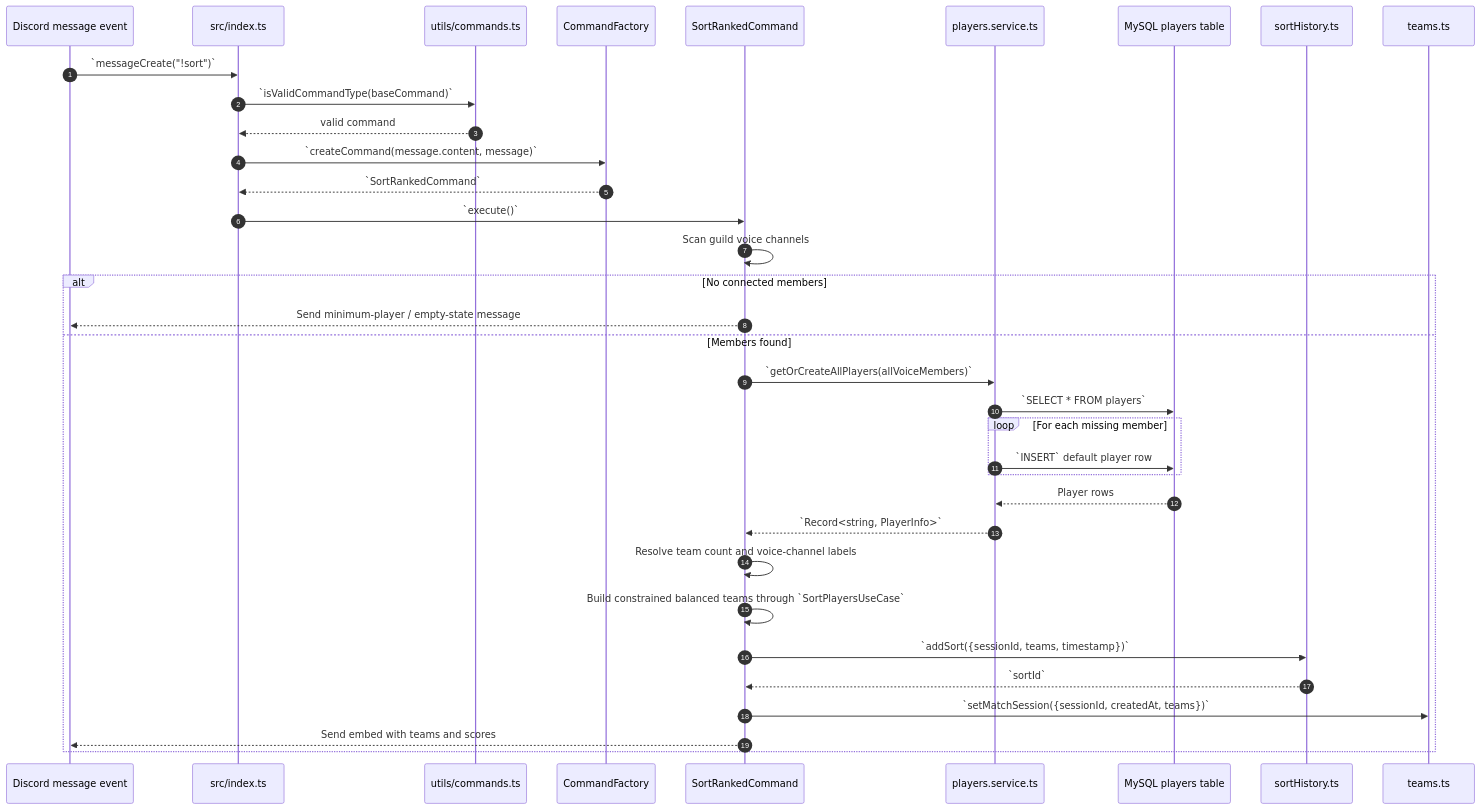
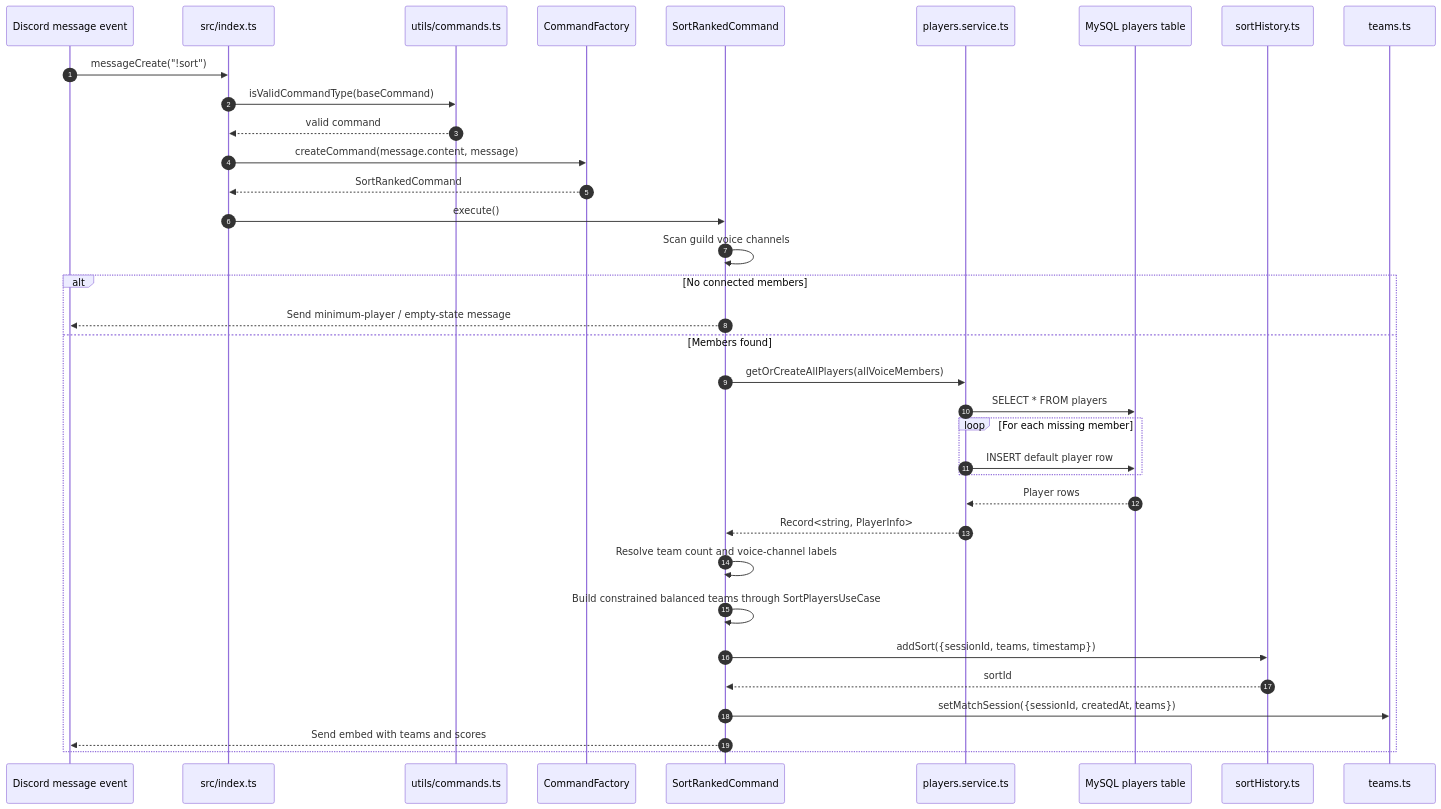
Before and after one commit to Ariel-Patino/discord-sort-players-dota: the fourth of 8 diagrams in documents/ARCHITECTURE.md, drawn with Mermaid. The commit also changed other lines of this file, not shown here.

Commit message:
docs: fix mermaid syntax for GitHub rendering

````diff
--- a/documents/ARCHITECTURE.md
+++ b/documents/ARCHITECTURE.md
@@ -242,38 +242,38 @@
 ```mermaid
 sequenceDiagram
     autonumber
     participant Discord as Discord message event
     participant App as src/index.ts
     participant Validator as utils/commands.ts
     participant Factory as CommandFactory
     participant SortCmd as SortRankedCommand
     participant Service as players.service.ts
     participant DB as MySQL players table
     participant History as sortHistory.ts
     participant Teams as teams.ts
 
-    Discord->>App: `messageCreate("!sort")`
-    App->>Validator: `isValidCommandType(baseCommand)`
+    Discord->>App: messageCreate("!sort")
+    App->>Validator: isValidCommandType(baseCommand)
     Validator-->>App: valid command
-    App->>Factory: `createCommand(message.content, message)`
-    Factory-->>App: `SortRankedCommand`
-    App->>SortCmd: `execute()`
+    App->>Factory: createCommand(message.content, message)
+    Factory-->>App: SortRankedCommand
+    App->>SortCmd: execute()
     SortCmd->>SortCmd: Scan guild voice channels
     alt No connected members
         SortCmd-->>Discord: Send minimum-player / empty-state message
     else Members found
-        SortCmd->>Service: `getOrCreateAllPlayers(allVoiceMembers)`
-        Service->>DB: `SELECT * FROM players`
+        SortCmd->>Service: getOrCreateAllPlayers(allVoiceMembers)
+        Service->>DB: SELECT * FROM players
         loop For each missing member
-            Service->>DB: `INSERT` default player row
+            Service->>DB: INSERT default player row
         end
         DB-->>Service: Player rows
-        Service-->>SortCmd: `Record<string, PlayerInfo>`
+        Service-->>SortCmd: Record<string, PlayerInfo>
         SortCmd->>SortCmd: Resolve team count and voice-channel labels
-        SortCmd->>SortCmd: Build constrained balanced teams through `SortPlayersUseCase`
-        SortCmd->>History: `addSort({sessionId, teams, timestamp})`
-        History-->>SortCmd: `sortId`
-        SortCmd->>Teams: `setMatchSession({sessionId, createdAt, teams})`
+        SortCmd->>SortCmd: Build constrained balanced teams through SortPlayersUseCase
+        SortCmd->>History: addSort({sessionId, teams, timestamp})
+        History-->>SortCmd: sortId
+        SortCmd->>Teams: setMatchSession({sessionId, createdAt, teams})
         SortCmd-->>Discord: Send embed with teams and scores
     end
 ```
````
